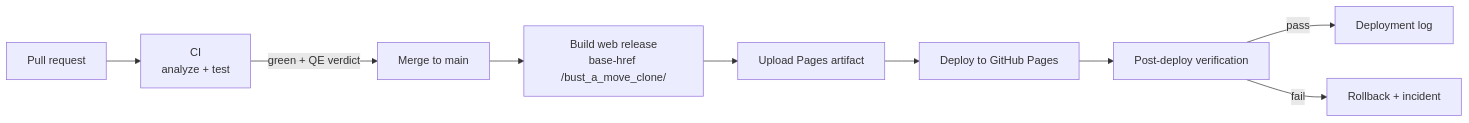
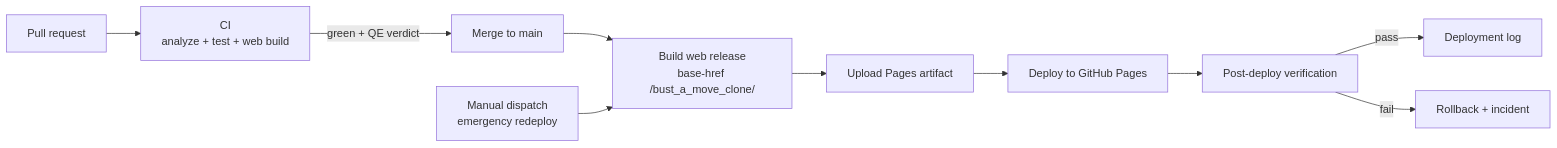
The diagram in docs/ops/deployment.md (y0n1/bust_a_move_clone), drawn with Mermaid before and after one commit. The commit also changed other lines of this file and 89 other files, not shown here.

````diff
--- a/docs/ops/deployment.md
+++ b/docs/ops/deployment.md
@@ -49,11 +49,12 @@
 ```mermaid
 flowchart LR
-    PR[Pull request] --> CI[CI<br/>analyze + test]
+    PR[Pull request] --> CI[CI<br/>analyze + test + web build]
     CI -->|green + QE verdict| MERGE[Merge to main]
     MERGE --> BUILD[Build web release<br/>base-href /bust_a_move_clone/]
+    MANUAL[Manual dispatch<br/>emergency redeploy] --> BUILD
     BUILD --> UPLOAD[Upload Pages artifact]
     UPLOAD --> DEPLOY[Deploy to GitHub Pages]
     DEPLOY --> VERIFY[Post-deploy verification]
     VERIFY -->|pass| LOG[Deployment log]
     VERIFY -->|fail| ROLLBACK[Rollback + incident]
 ```
````
